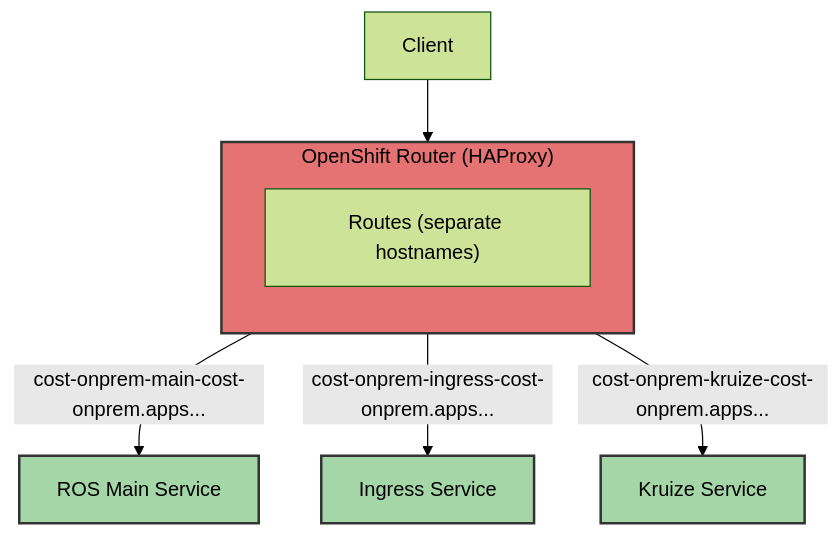
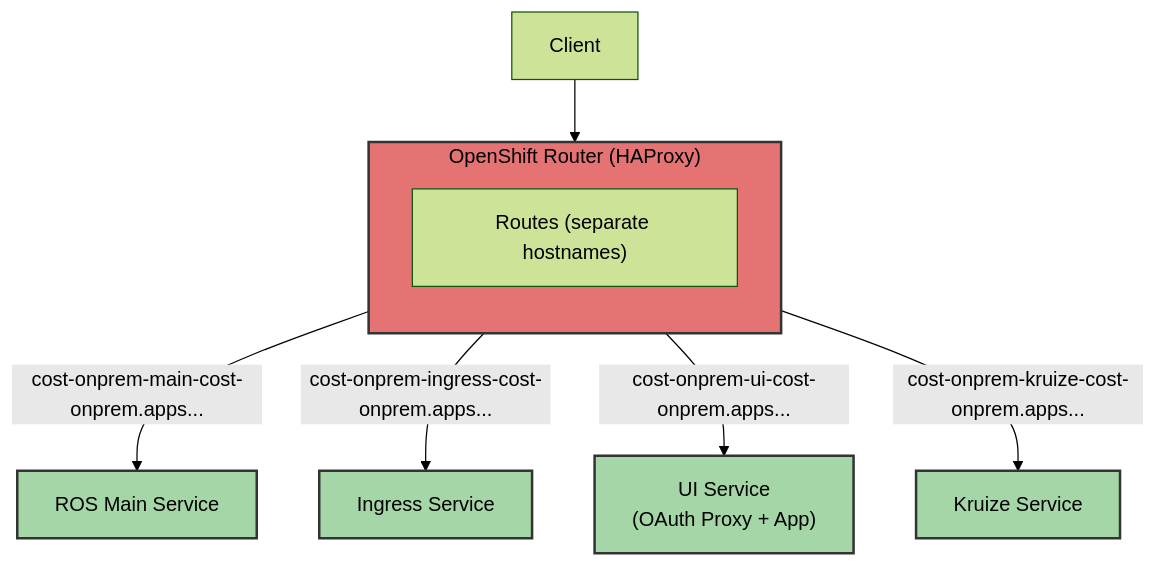
The second of 2 diagrams in docs/platform-guide.md (jordigilh/ros-helm-chart), drawn with Mermaid (forest theme) before and after one commit. The commit also changed other lines of this file and 4 other files, not shown here.

````diff
--- a/docs/platform-guide.md
+++ b/docs/platform-guide.md
@@ -205,18 +205,20 @@
 ```mermaid
 graph TB
     Client["Client"] --> Router
 
     subgraph Router["OpenShift Router (HAProxy)"]
         direction TB
         Routes["Routes (separate hostnames)"]
     end
 
     Routes -->|"cost-onprem-main-cost-onprem.apps..."| Main["ROS Main Service"]
     Routes -->|"cost-onprem-ingress-cost-onprem.apps..."| Ingress["Ingress Service"]
+    Routes -->|"cost-onprem-ui-cost-onprem.apps..."| UI["UI Service<br/>(OAuth Proxy + App)"]
     Routes -->|"cost-onprem-kruize-cost-onprem.apps..."| Kruize["Kruize Service"]
 
     style Router fill:#e57373,stroke:#333,stroke-width:2px,color:#000
     style Main fill:#a5d6a7,stroke:#333,stroke-width:2px,color:#000
     style Ingress fill:#a5d6a7,stroke:#333,stroke-width:2px,color:#000
+    style UI fill:#a5d6a7,stroke:#333,stroke-width:2px,color:#000
     style Kruize fill:#a5d6a7,stroke:#333,stroke-width:2px,color:#000
 ```
````
